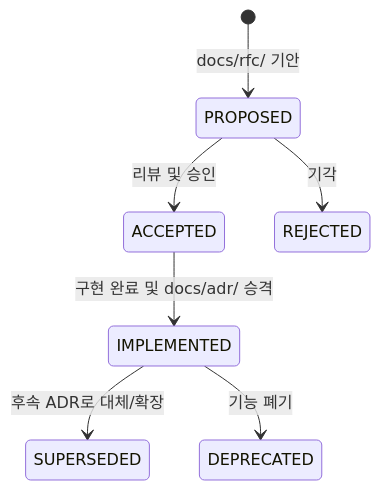
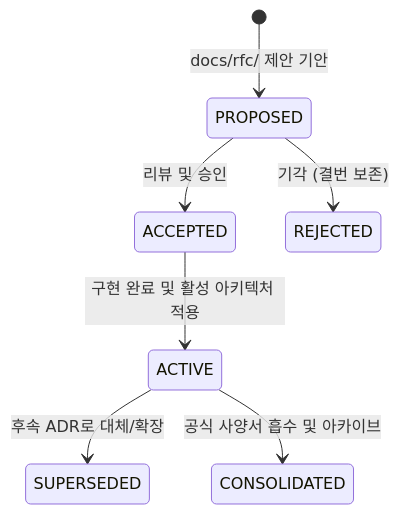
The first of 4 diagrams in docs/adr/README.md (Amvermain/GregTechCalculatorBoard), drawn with Mermaid before and after one commit. The commit also changed other lines of this file and 166 other files, not shown here.

````diff
--- a/docs/adr/README.md
+++ b/docs/adr/README.md
@@ -9,9 +13,9 @@
 ```mermaid
 stateDiagram-v2
-    [*] --> PROPOSED : docs/rfc/ 기안
+    [*] --> PROPOSED : docs/rfc/ 제안 기안
     PROPOSED --> ACCEPTED : 리뷰 및 승인
-    PROPOSED --> REJECTED : 기각
-    ACCEPTED --> IMPLEMENTED : 구현 완료 및 docs/adr/ 승격
-    IMPLEMENTED --> SUPERSEDED : 후속 ADR로 대체/확장
-    IMPLEMENTED --> DEPRECATED : 기능 폐기
+    PROPOSED --> REJECTED : 기각 (결번 보존)
+    ACCEPTED --> ACTIVE : 구현 완료 및 활성 아키텍처 적용
+    ACTIVE --> SUPERSEDED : 후속 ADR로 대체/확장
+    ACTIVE --> CONSOLIDATED : 공식 사양서 흡수 및 아카이브
 ```
````
